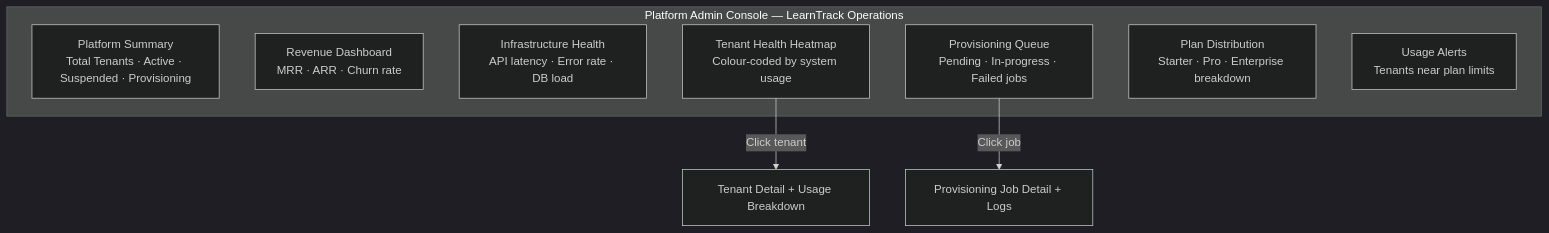
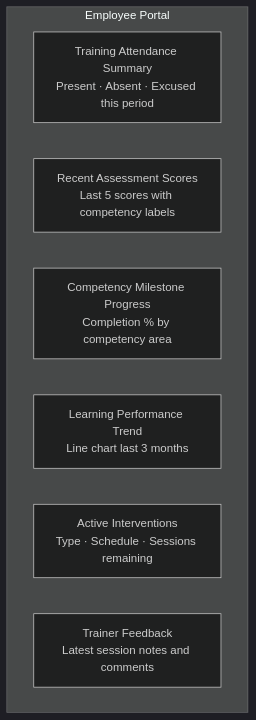
One commit to taarak18/propeller changed diagram 11 of 12 in L-D/.sasva/overview/04-user-journeys.md. Above: the diagram before and after it, drawn with Mermaid (dark theme). The commit also changed other lines of this file and 6 other files, not shown here.

````diff
--- a/L-D/.sasva/overview/04-user-journeys.md
+++ b/L-D/.sasva/overview/04-user-journeys.md
@@ -211,14 +251,11 @@
 ```mermaid
 graph TD
-    subgraph PA["Platform Admin Console — LearnTrack Operations"]
-        P1[Platform Summary\nTotal Tenants · Active · Suspended · Provisioning]
-        P2[Revenue Dashboard\nMRR · ARR · Churn rate]
-        P3[Infrastructure Health\nAPI latency · Error rate · DB load]
-        P4[Tenant Health Heatmap\nColour-coded by system usage]
-        P5[Provisioning Queue\nPending · In-progress · Failed jobs]
-        P6[Plan Distribution\nStarter · Pro · Enterprise breakdown]
-        P7[Usage Alerts\nTenants near plan limits]
+    subgraph EP["Employee Portal"]
+        P1[Training Attendance Summary\nPresent · Absent · Excused this period]
+        P2[Recent Assessment Scores\nLast 5 scores with competency labels]
+        P3[Competency Milestone Progress\nCompletion % by competency area]
+        P4[Learning Performance Trend\nLine chart last 3 months]
+        P5[Active Interventions\nType · Schedule · Sessions remaining]
+        P6[Trainer Feedback\nLatest session notes and comments]
     end
-    P4 -->|Click tenant| TD2[Tenant Detail + Usage Breakdown]
-    P5 -->|Click job| JD[Provisioning Job Detail + Logs]
 ```
````
